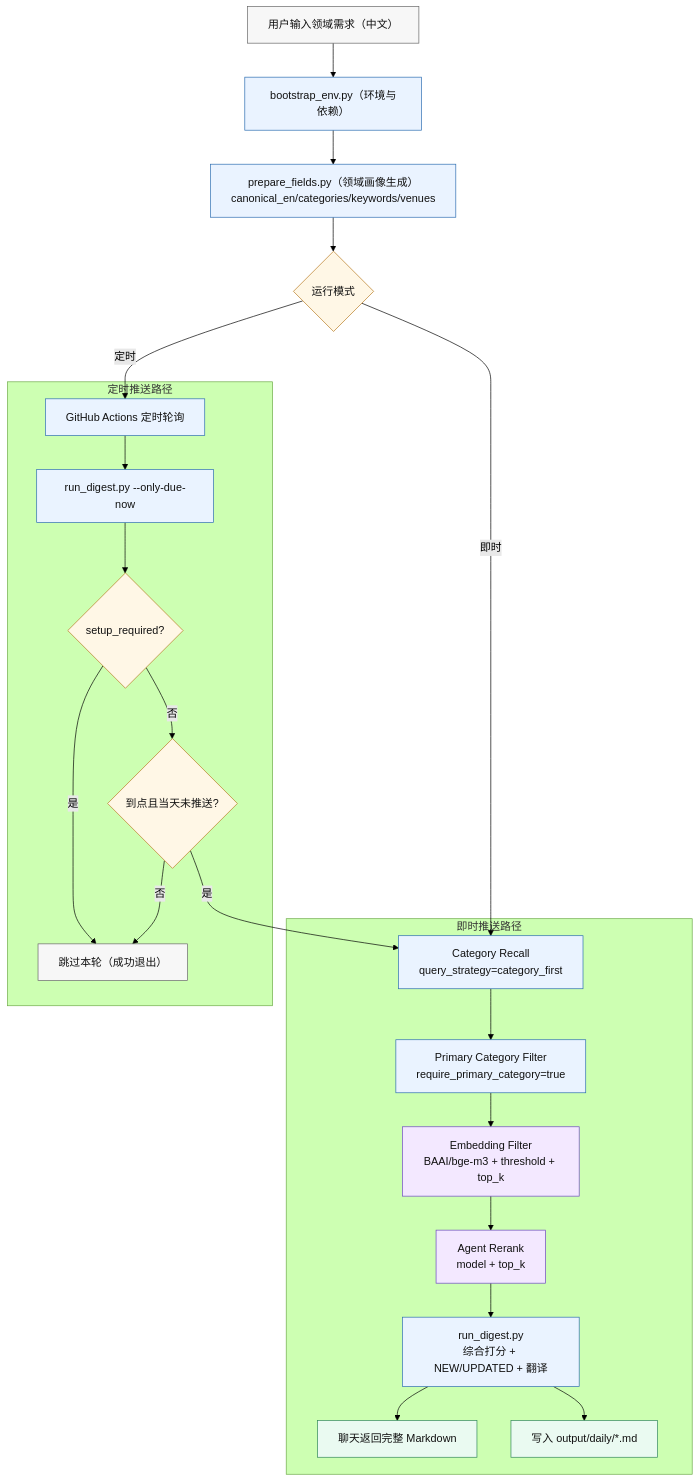
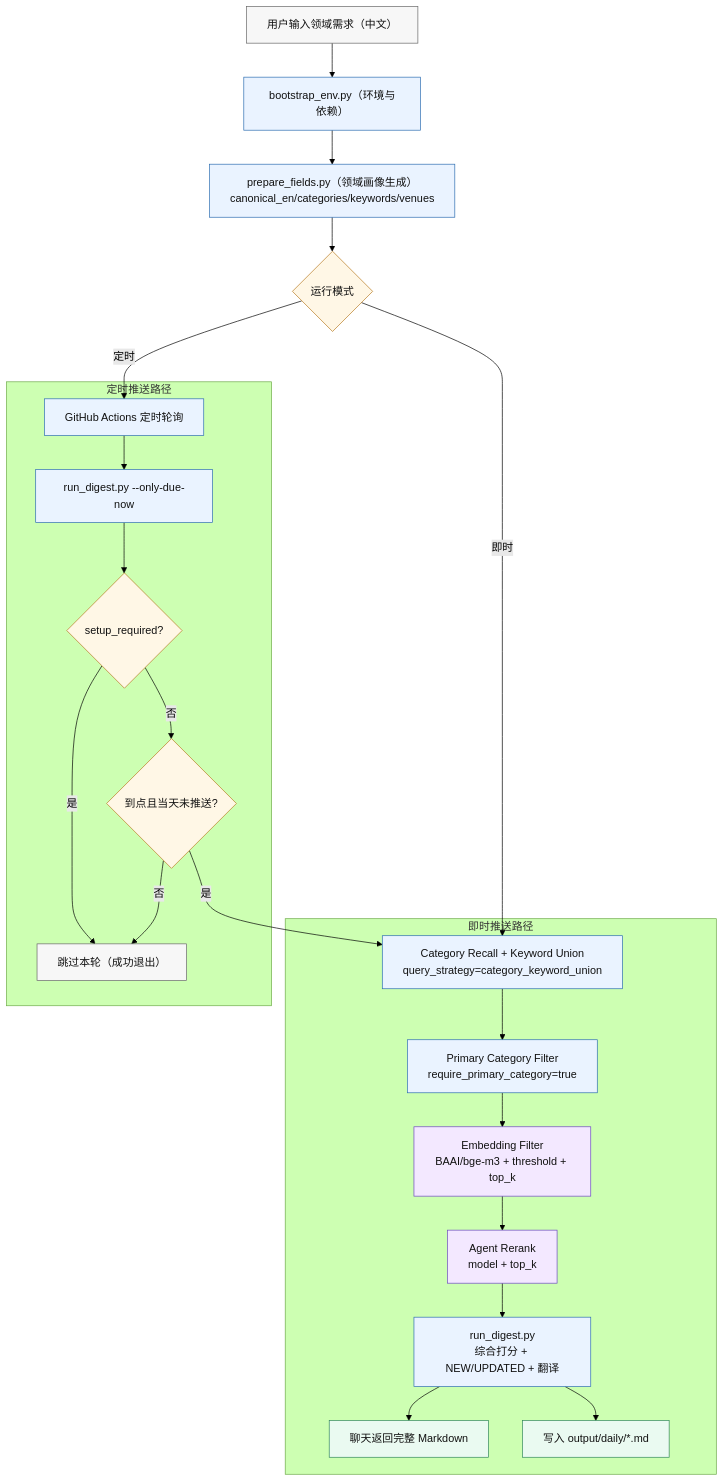
The diagram in README.md (Ricardo-Ping/agent-daily-paper), drawn with Mermaid (forest theme) before and after one commit. The commit also changed other lines of this file and 9 other files, not shown here.

````diff
--- a/README.md
+++ b/README.md
@@ -21,40 +22,40 @@
 ```mermaid
 flowchart TB
     classDef io fill:#f7f7f7,stroke:#666,stroke-width:1px,color:#111;
     classDef process fill:#eaf3ff,stroke:#2b6cb0,stroke-width:1px,color:#111;
     classDef decision fill:#fff7e6,stroke:#b7791f,stroke-width:1px,color:#111;
     classDef output fill:#eafaf1,stroke:#2f855a,stroke-width:1px,color:#111;
     classDef model fill:#f3e8ff,stroke:#6b46c1,stroke-width:1px,color:#111;
 
     U["用户输入领域需求（中文）"]:::io --> B["bootstrap_env.py（环境与依赖）"]:::process
     B --> P1["prepare_fields.py（领域画像生成）<br/>canonical_en/categories/keywords/venues"]:::process
     P1 --> M{"运行模式"}:::decision
 
     subgraph R1["即时推送路径"]
-      Q1["Category Recall<br/>query_strategy=category_first"]:::process
+      Q1["Category Recall + Keyword Union<br/>query_strategy=category_keyword_union"]:::process
       Q2["Primary Category Filter<br/>require_primary_category=true"]:::process
       Q3["Embedding Filter<br/>BAAI/bge-m3 + threshold + top_k"]:::model
       Q4["Agent Rerank<br/>model + top_k"]:::model
       P2["run_digest.py<br/>综合打分 + NEW/UPDATED + 翻译"]:::process
       O1["聊天返回完整 Markdown"]:::output
       O2["写入 output/daily/*.md"]:::output
       Q1 --> Q2 --> Q3 --> Q4 --> P2 --> O1
       P2 --> O2
     end
 
     subgraph R2["定时推送路径"]
       G1["GitHub Actions 定时轮询"]:::process
       G2["run_digest.py --only-due-now"]:::process
       D1{"setup_required?"}:::decision
       D2{"到点且当天未推送?"}:::decision
       S1["跳过本轮（成功退出）"]:::io
       G1 --> G2 --> D1
       D1 -->|是| S1
       D1 -->|否| D2
       D2 -->|是| Q1
       D2 -->|否| S1
     end
 
     M -->|即时| Q1
     M -->|定时| G1
 ```
````
